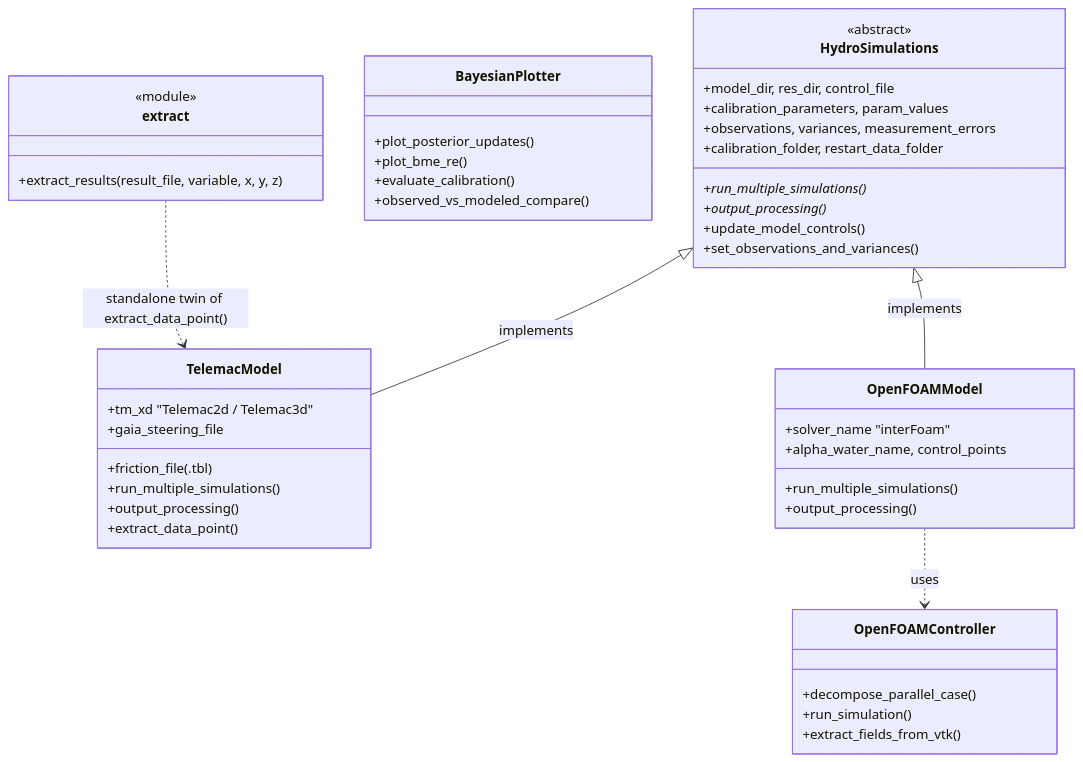
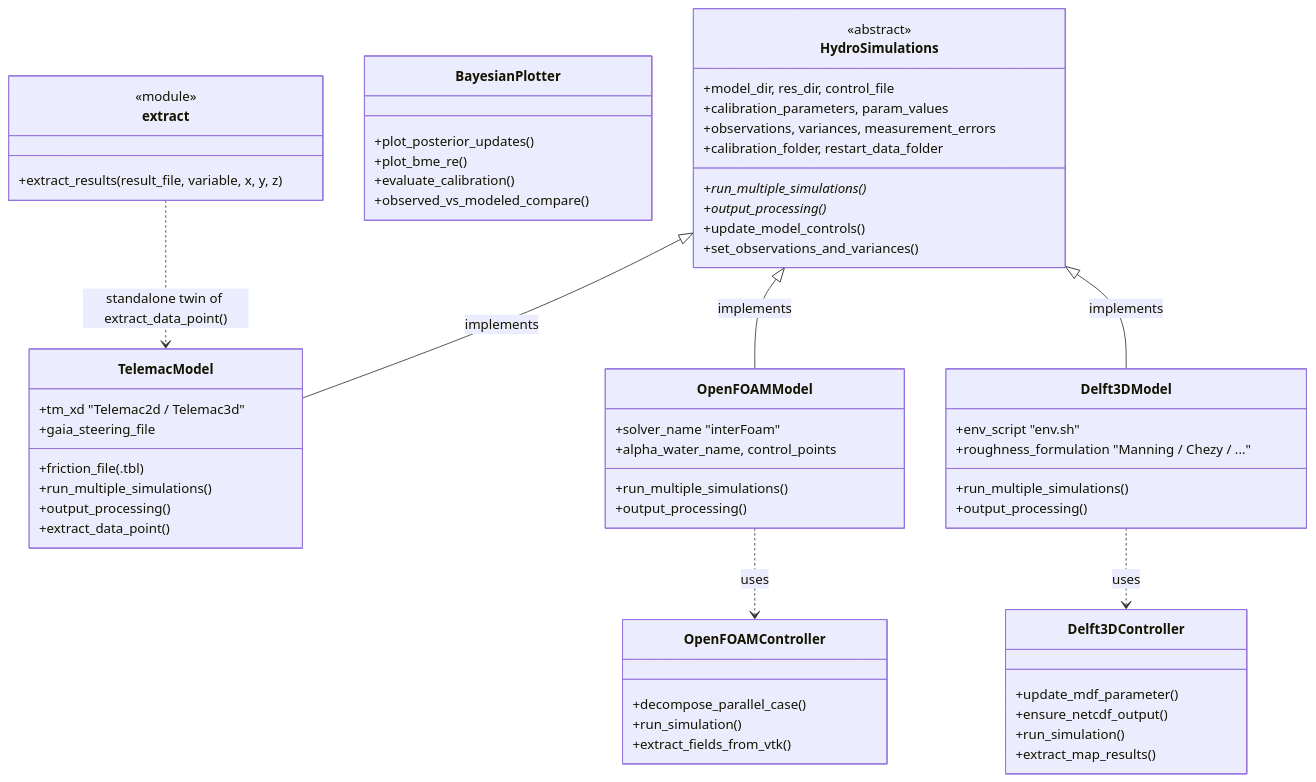
One commit to Ecohydraulics/hydrobayescal changed the first of 2 diagrams in docs/uml.rst. Above: the diagram before and after it, drawn with Mermaid. The commit also changed other lines of this file and 2 other files, not shown here.

Commit message:
added delft3d docs

```diff
--- a/docs/uml.rst
+++ b/docs/uml.rst
@@ -40,47 +41,61 @@
 .. mermaid::
 
    classDiagram
        class HydroSimulations {
            <<abstract>>
            +model_dir, res_dir, control_file
            +calibration_parameters, param_values
            +observations, variances, measurement_errors
            +calibration_folder, restart_data_folder
            +run_multiple_simulations()*
            +output_processing()*
            +update_model_controls()
            +set_observations_and_variances()
        }
        class TelemacModel {
            +tm_xd  "Telemac2d / Telemac3d"
            +friction_file (.tbl)
            +gaia_steering_file
            +run_multiple_simulations()
            +output_processing()
            +extract_data_point()
        }
        class OpenFOAMModel {
            +solver_name  "interFoam"
            +alpha_water_name, control_points
            +run_multiple_simulations()
            +output_processing()
        }
        class OpenFOAMController {
            +decompose_parallel_case()
            +run_simulation()
            +extract_fields_from_vtk()
        }
+       class Delft3DModel {
+           +env_script  "env.sh"
+           +roughness_formulation  "Manning / Chezy / ..."
+           +run_multiple_simulations()
+           +output_processing()
+       }
+       class Delft3DController {
+           +update_mdf_parameter()
+           +ensure_netcdf_output()
+           +run_simulation()
+           +extract_map_results()
+       }
        class BayesianPlotter {
            +plot_posterior_updates()
            +plot_bme_re()
            +evaluate_calibration()
            +observed_vs_modeled_compare()
        }
        class extract {
            <<module>>
            +extract_results(result_file, variable, x, y, z)
        }
        HydroSimulations <|-- TelemacModel : implements
        HydroSimulations <|-- OpenFOAMModel : implements
+       HydroSimulations <|-- Delft3DModel : implements
        OpenFOAMModel ..> OpenFOAMController : uses
+       Delft3DModel ..> Delft3DController : uses
        extract ..> TelemacModel : standalone twin of extract_data_point()
```
